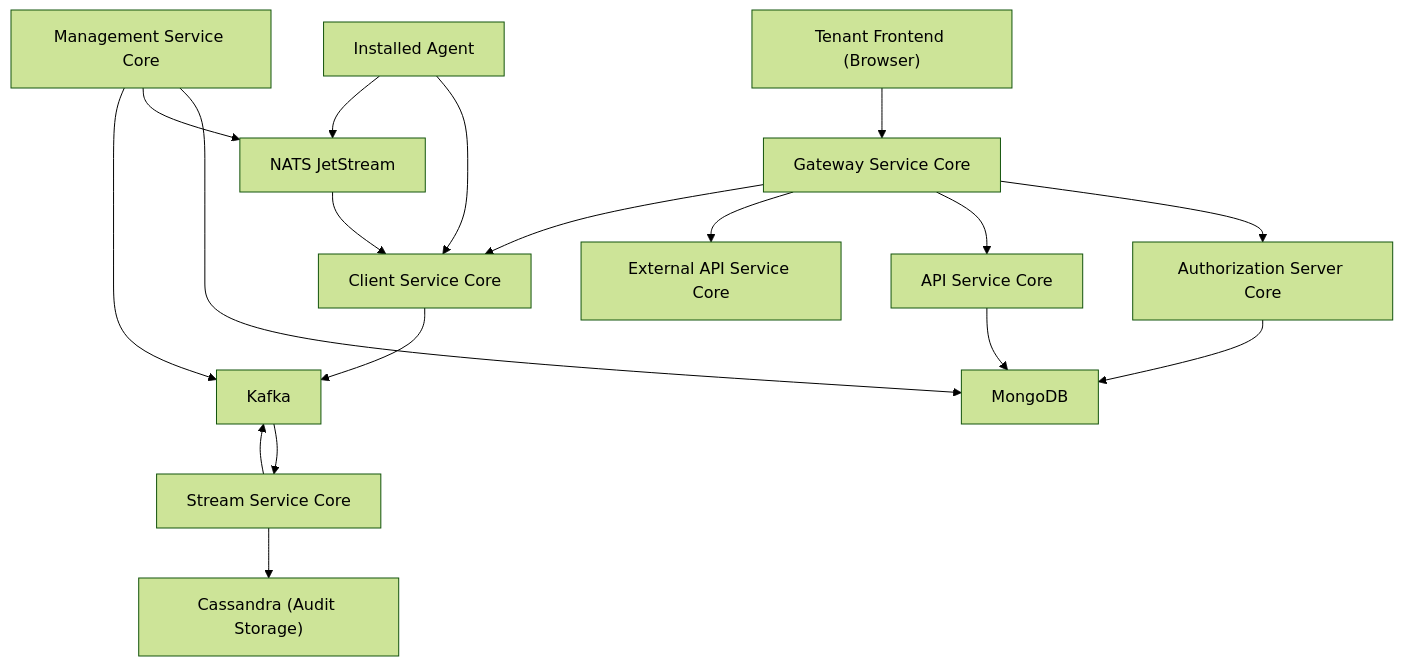
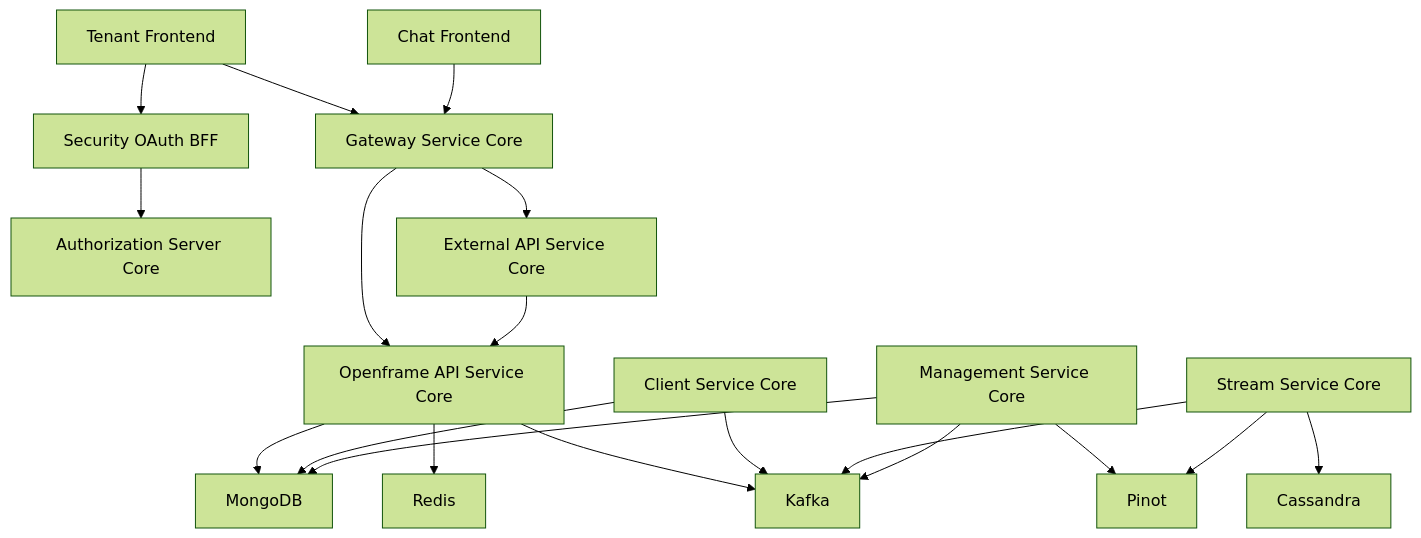
Before and after one commit to Praesto-Pro/openframe-oss-tenant: the diagram in docs/architecture/diagrams/README.mmd, drawn with Mermaid (forest theme). The commit also changed 214 other files, not shown here.

```diff
--- a/docs/architecture/diagrams/README.mmd
+++ b/docs/architecture/diagrams/README.mmd
@@ -1,24 +1,55 @@
 flowchart TD
-    Browser["Tenant Frontend (Browser)"] --> Gateway["Gateway Service Core"]
-
-    Gateway --> AuthZ["Authorization Server Core"]
-    Gateway --> ApiCore["API Service Core"]
-    Gateway --> ExternalApi["External API Service Core"]
-    Gateway --> ClientCore["Client Service Core"]
-
-    ClientAgent["Installed Agent"] --> ClientCore
-    ClientAgent --> NATS["NATS JetStream"]
-
-    NATS --> ClientCore
-    ClientCore --> Kafka["Kafka"]
-
-    Kafka --> StreamCore["Stream Service Core"]
-    StreamCore --> Cassandra["Cassandra (Audit Storage)"]
-    StreamCore --> Kafka
-
-    ApiCore --> Mongo["MongoDB"]
-    AuthZ --> Mongo
-    Management --> Mongo
-
-    Management["Management Service Core"] --> NATS
-    Management --> Kafka
+    %% Frontend
+    TenantUI["Tenant Frontend"]
+    ChatUI["Chat Frontend"]
+    
+    %% Edge
+    Gateway["Gateway Service Core"]
+    
+    %% Identity
+    AuthServer["Authorization Server Core"]
+    OAuthBFF["Security OAuth BFF"]
+    
+    %% Core APIs
+    ApiService["Openframe API Service Core"]
+    ExternalApi["External API Service Core"]
+    
+    %% Runtime & Management
+    ClientService["Client Service Core"]
+    ManagementService["Management Service Core"]
+    
+    %% Streaming
+    StreamService["Stream Service Core"]
+    
+    %% Data Layer
+    Mongo["MongoDB"]
+    Kafka["Kafka"]
+    Redis["Redis"]
+    Cassandra["Cassandra"]
+    Pinot["Pinot"]
+    
+    %% Flow
+    TenantUI --> OAuthBFF
+    OAuthBFF --> AuthServer
+    TenantUI --> Gateway
+    ChatUI --> Gateway
+    
+    Gateway --> ApiService
+    Gateway --> ExternalApi
+    
+    ApiService --> Mongo
+    ApiService --> Redis
+    ApiService --> Kafka
+    
+    ClientService --> Kafka
+    ClientService --> Mongo
+    
+    StreamService --> Kafka
+    StreamService --> Cassandra
+    
+    ManagementService --> Mongo
+    ManagementService --> Kafka
+    ManagementService --> Pinot
+    
+    ExternalApi --> ApiService
+    StreamService --> Pinot
```
